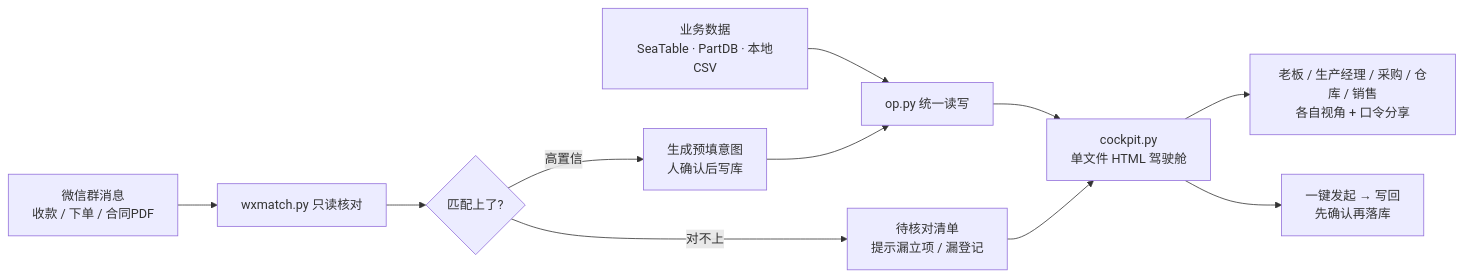
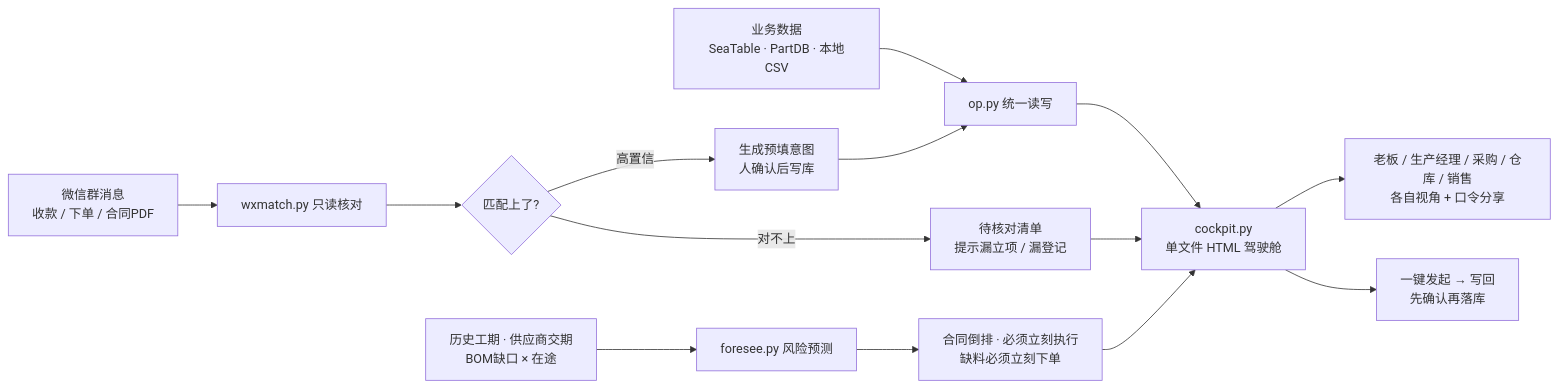
One commit to Darling5/seatable-production changed the diagram in README.md. Above: the diagram before and after it, drawn with Mermaid. The commit also changed other lines of this file and 6 other files, not shown here.

First line of the commit message:
feat(risk): 风险预测引擎 foresee.py——合同倒排+供应商画像+缺料预警，驾驶舱新增风险雷达

````diff
--- a/README.md
+++ b/README.md
@@ -132,13 +133,16 @@
 ```mermaid
 flowchart LR
     A[业务数据<br/>SeaTable · PartDB · 本地CSV] --> B[op.py 统一读写]
     B --> C[cockpit.py<br/>单文件 HTML 驾驶舱]
     C --> D[老板 / 生产经理 / 采购 / 仓库 / 销售<br/>各自视角 + 口令分享]
     C --> E[一键发起 → 写回<br/>先确认再落库]
     F[微信群消息<br/>收款 / 下单 / 合同PDF] --> G[wxmatch.py 只读核对]
     G --> H{匹配上了?}
     H -- 高置信 --> I[生成预填意图<br/>人确认后写库]
     H -- 对不上 --> J[待核对清单<br/>提示漏立项 / 漏登记]
     I --> B
     J --> C
+    K[历史工期 · 供应商交期<br/>BOM缺口 × 在途] --> L[foresee.py 风险预测]
+    L --> M[合同倒排 · 必须立刻执行<br/>缺料必须立刻下单]
+    M --> C
 ```
````
